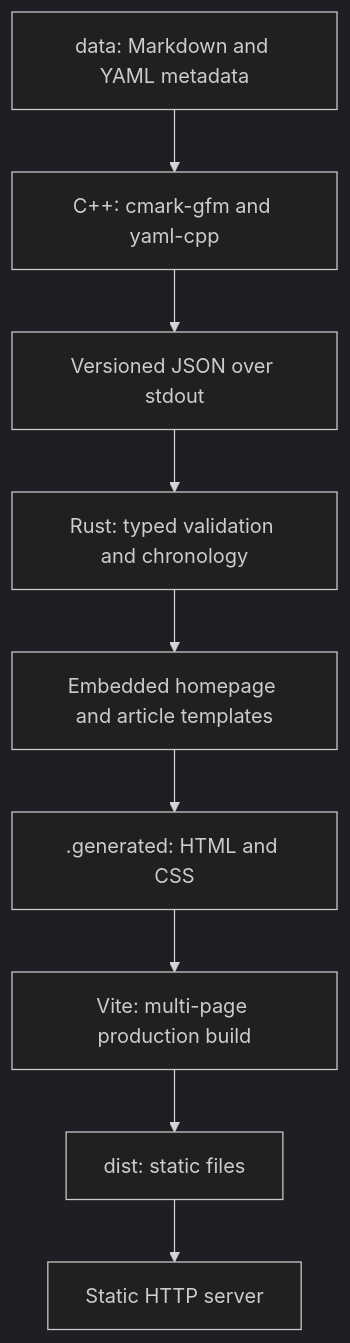
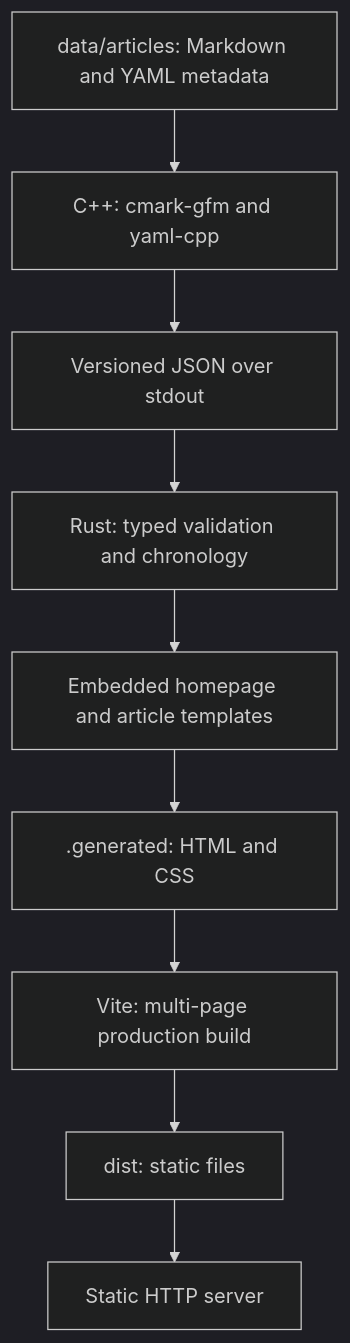
The diagram in source/README.md (grwtsk/grwtsk.com), drawn with Mermaid (dark theme) before and after one commit. The commit also changed other lines of this file and 14 other files, not shown here.

````diff
--- a/source/README.md
+++ b/source/README.md
@@ -70,11 +78,11 @@
 ```mermaid
 flowchart TD
-    D["data: Markdown and YAML metadata"] --> P["C++: cmark-gfm and yaml-cpp"]
+    D["data/articles: Markdown and YAML metadata"] --> P["C++: cmark-gfm and yaml-cpp"]
     P --> J["Versioned JSON over stdout"]
     J --> R["Rust: typed validation and chronology"]
     R --> H["Embedded homepage and article templates"]
     H --> G[".generated: HTML and CSS"]
     G --> V["Vite: multi-page production build"]
     V --> S["dist: static files"]
     S --> W["Static HTTP server"]
 ```
````
